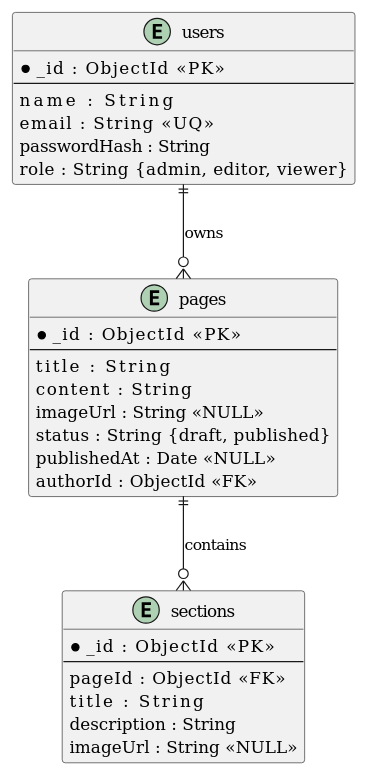
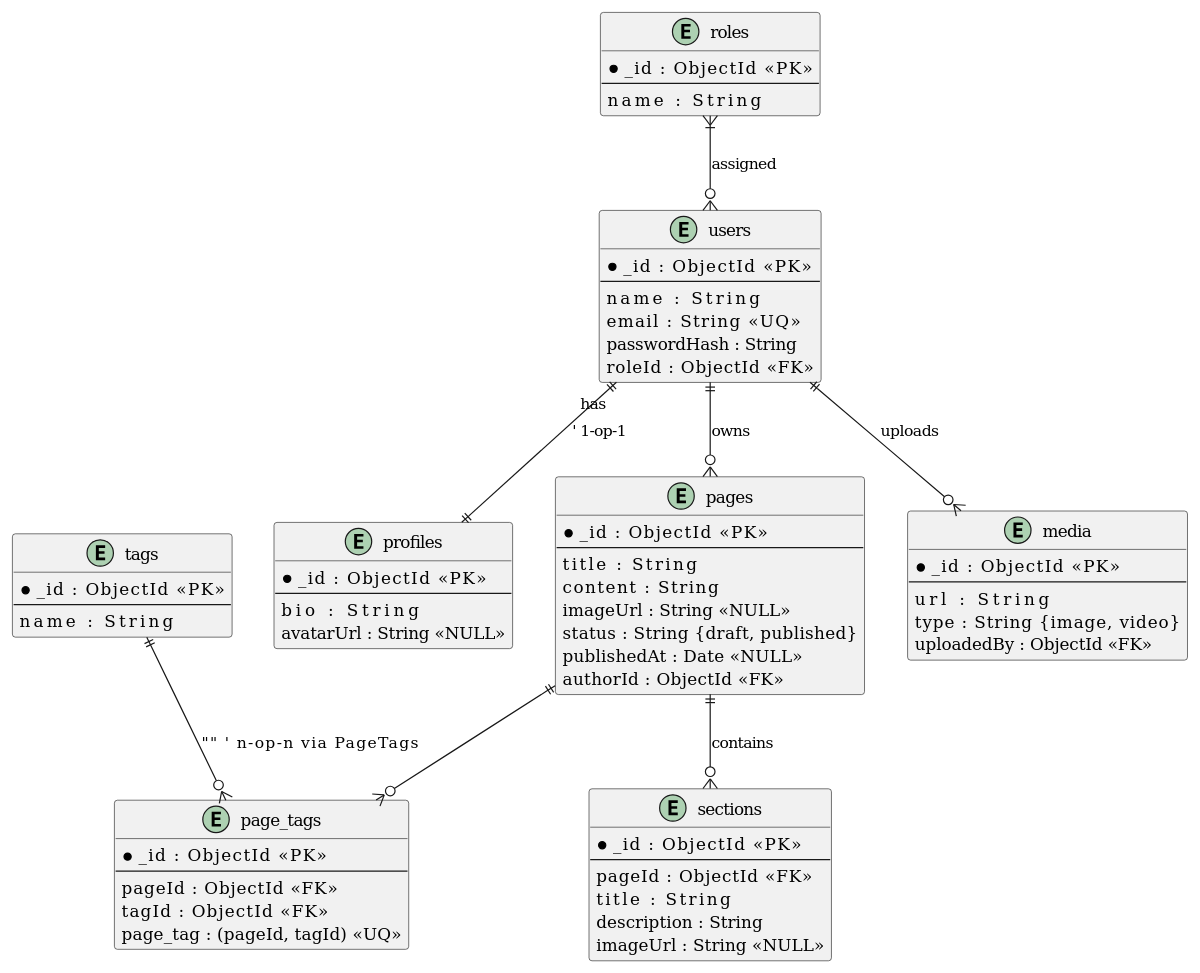
The diagram in opdracht-2-ontwerp/uml-diagrammen/ERD_diagram.wsd (HamiltonPDev/Portfolio-Exam-Hamilton), drawn with PlantUML before and after one commit. The commit also changed 7 other files, not shown here.

```diff
--- a/opdracht-2-ontwerp/uml-diagrammen/ERD_diagram.wsd
+++ b/opdracht-2-ontwerp/uml-diagrammen/ERD_diagram.wsd
@@ -1,37 +1,78 @@
 @startuml ERD_diagram
 ' Entity-Relationship Diagram (ERD) for EasyFWD CMS
 
 entity "users" as Users {
   * _id           : ObjectId <<PK>>
   --
   name            : String
   email           : String <<UQ>>
   passwordHash    : String
-  role            : String  {admin, editor, viewer}
+  roleId          : ObjectId <<FK>>
+}
+
+entity "profiles" as Profiles {
+  * _id           : ObjectId <<PK>>
+  --
+  bio             : String
+  avatarUrl       : String <<NULL>>
+}
+
+entity "roles" as Roles {
+  * _id           : ObjectId <<PK>>
+  --
+  name            : String
 }
 
 entity "pages" as Pages {
   * _id           : ObjectId <<PK>>
   --
   title           : String
   content         : String
   imageUrl        : String <<NULL>>
   status          : String  {draft, published}
   publishedAt     : Date    <<NULL>>
   authorId        : ObjectId <<FK>>
 }
 
 entity "sections" as Sections {
   * _id           : ObjectId <<PK>>
   --
   pageId          : ObjectId <<FK>>
   title           : String
   description     : String
   imageUrl        : String <<NULL>>
 }
 
+entity "media" as Media {
+  * _id           : ObjectId <<PK>>
+  --
+  url             : String
+  type            : String  {image, video}
+  uploadedBy      : ObjectId <<FK>>
+}
 
+entity "tags" as Tags {
+  * _id           : ObjectId <<PK>>
+  --
+  name            : String
+}
+
+entity "page_tags" as PageTags {
+  * _id           : ObjectId <<PK>>
+  --
+  pageId          : ObjectId <<FK>>
+  tagId           : ObjectId <<FK>>
+  page_tag        : (pageId, tagId) <<UQ>>
+}
+
+
+' Relaties
 Users ||--o{ Pages     : "owns"
 Pages ||--o{ Sections  : "contains"
+Users ||--o{ Media     : "uploads"
+Roles }|--o{ Users     : "assigned"
+Users ||--|| Profiles  : "has"         ' 1-op-1
+Pages ||--o{ PageTags  : ""
+Tags  ||--o{ PageTags  : ""            ' n-op-n via PageTags
 
 @enduml
```
